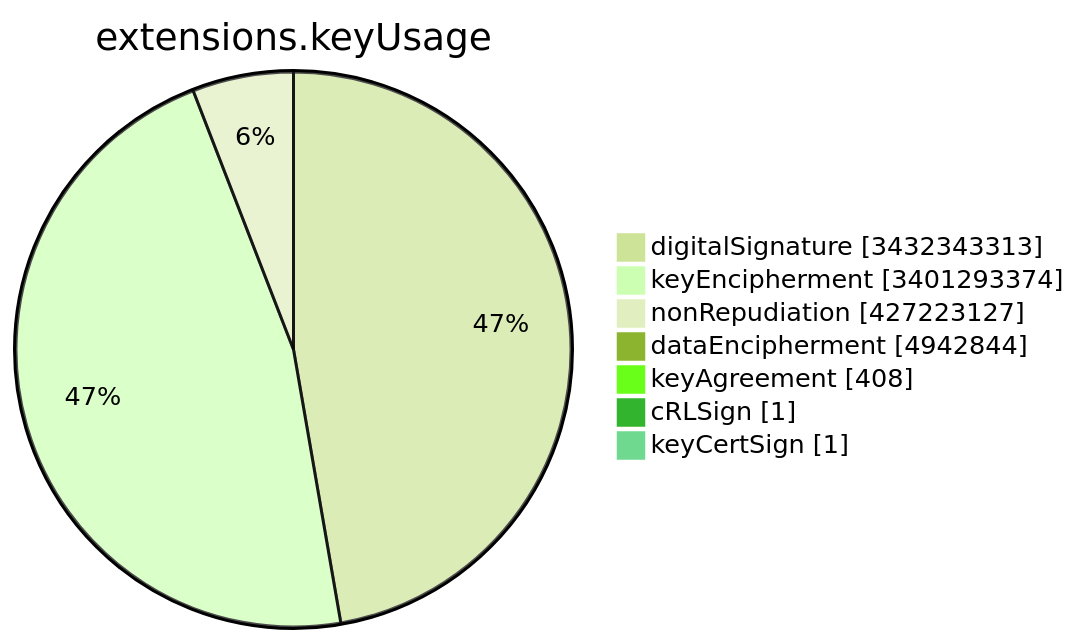
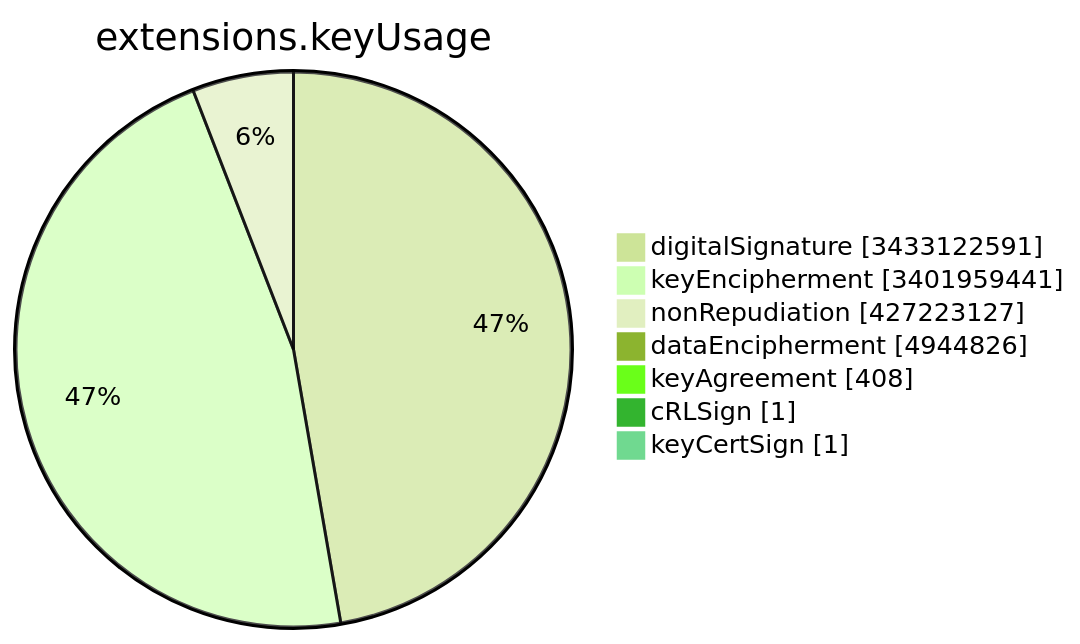
The sixth of 15 diagrams in TOTAL/README.md (christiankrug/ctmonitor_visualization), drawn with Mermaid (forest theme) before and after one commit. The commit also changed other lines of this file, not shown here.

````diff
--- a/TOTAL/README.md
+++ b/TOTAL/README.md
@@ -3081,11 +3081,11 @@
 ```mermaid
 pie showData
 title extensions.keyUsage
-"digitalSignature" :3432343313
-"keyEncipherment" :3401293374
+"digitalSignature" :3433122591
+"keyEncipherment" :3401959441
 "nonRepudiation" :427223127
-"dataEncipherment" :4942844
+"dataEncipherment" :4944826
 "keyAgreement" :408
 "cRLSign" :1
 "keyCertSign" :1
 ```
````
